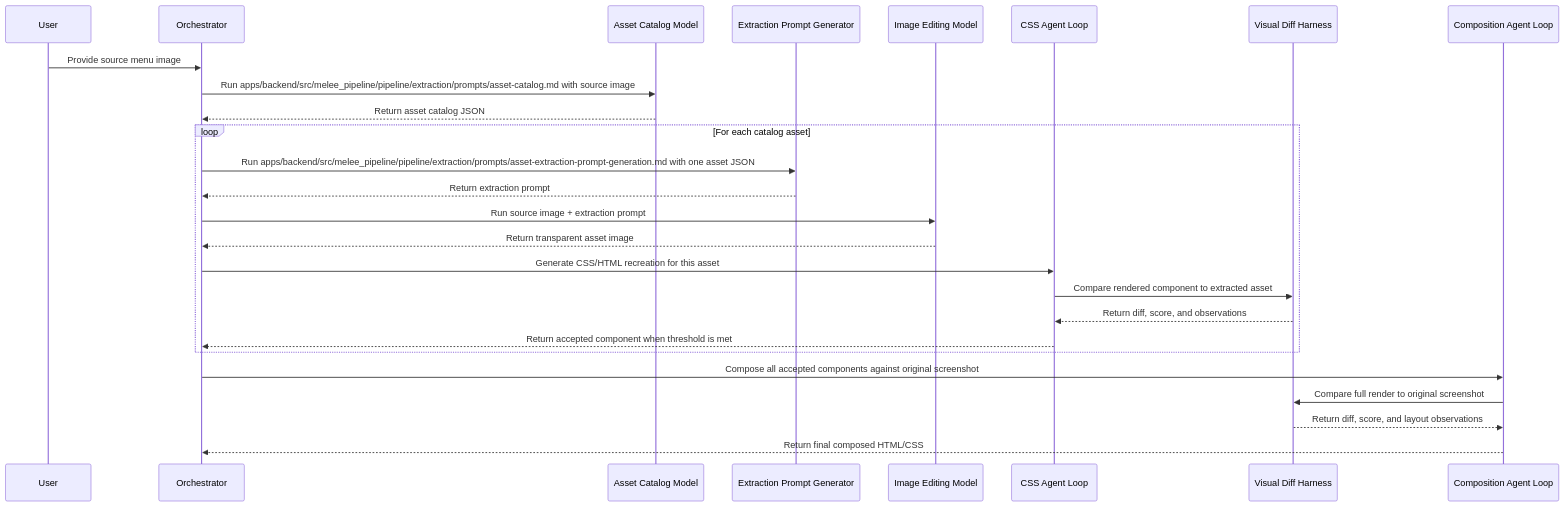
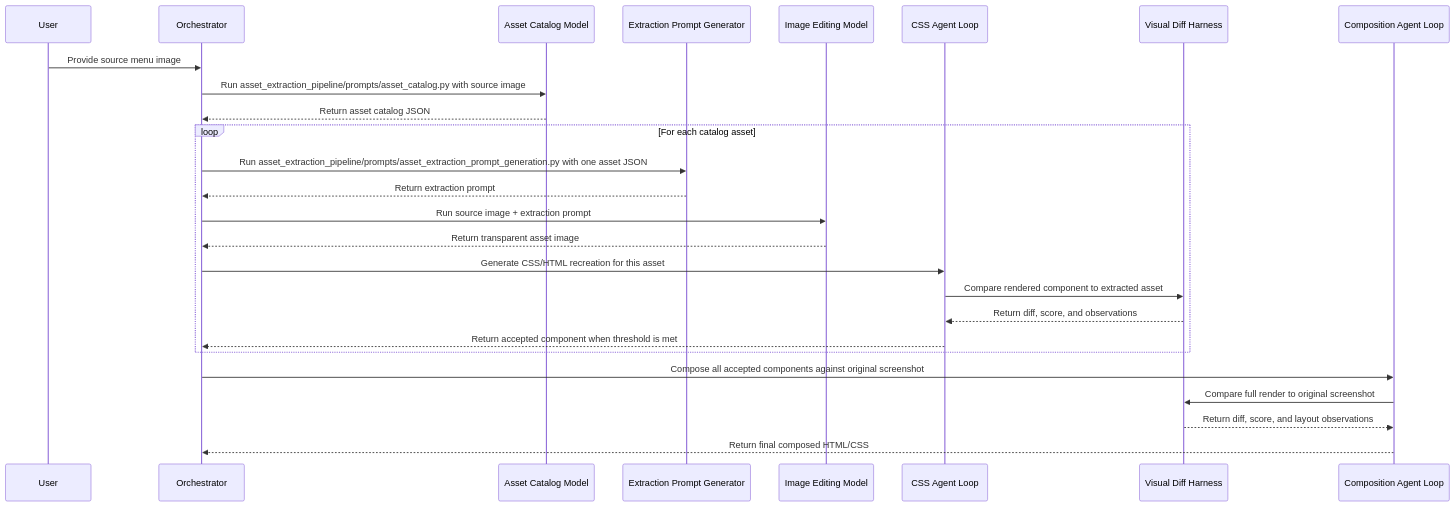
The second of 2 diagrams in SYSTEM_DESIGN.md (Codecaine-AI/MainMenu), drawn with Mermaid before and after one commit. The commit also changed other lines of this file and 65 other files, not shown here.

````diff
--- a/SYSTEM_DESIGN.md
+++ b/SYSTEM_DESIGN.md
@@ -58,31 +57,31 @@
 ```mermaid
 sequenceDiagram
   participant User
   participant Orchestrator
   participant CatalogModel as Asset Catalog Model
   participant ExtractPrompt as Extraction Prompt Generator
   participant ImageModel as Image Editing Model
   participant CssAgent as CSS Agent Loop
   participant VisualDiff as Visual Diff Harness
   participant Composer as Composition Agent Loop
 
   User->>Orchestrator: Provide source menu image
-  Orchestrator->>CatalogModel: Run apps/backend/src/melee_pipeline/pipeline/extraction/prompts/asset-catalog.md with source image
+  Orchestrator->>CatalogModel: Run asset_extraction_pipeline/prompts/asset_catalog.py with source image
   CatalogModel-->>Orchestrator: Return asset catalog JSON
 
   loop For each catalog asset
-    Orchestrator->>ExtractPrompt: Run apps/backend/src/melee_pipeline/pipeline/extraction/prompts/asset-extraction-prompt-generation.md with one asset JSON
+    Orchestrator->>ExtractPrompt: Run asset_extraction_pipeline/prompts/asset_extraction_prompt_generation.py with one asset JSON
     ExtractPrompt-->>Orchestrator: Return extraction prompt
     Orchestrator->>ImageModel: Run source image + extraction prompt
     ImageModel-->>Orchestrator: Return transparent asset image
     Orchestrator->>CssAgent: Generate CSS/HTML recreation for this asset
     CssAgent->>VisualDiff: Compare rendered component to extracted asset
     VisualDiff-->>CssAgent: Return diff, score, and observations
     CssAgent-->>Orchestrator: Return accepted component when threshold is met
   end
 
   Orchestrator->>Composer: Compose all accepted components against original screenshot
   Composer->>VisualDiff: Compare full render to original screenshot
   VisualDiff-->>Composer: Return diff, score, and layout observations
   Composer-->>Orchestrator: Return final composed HTML/CSS
 ```
````
